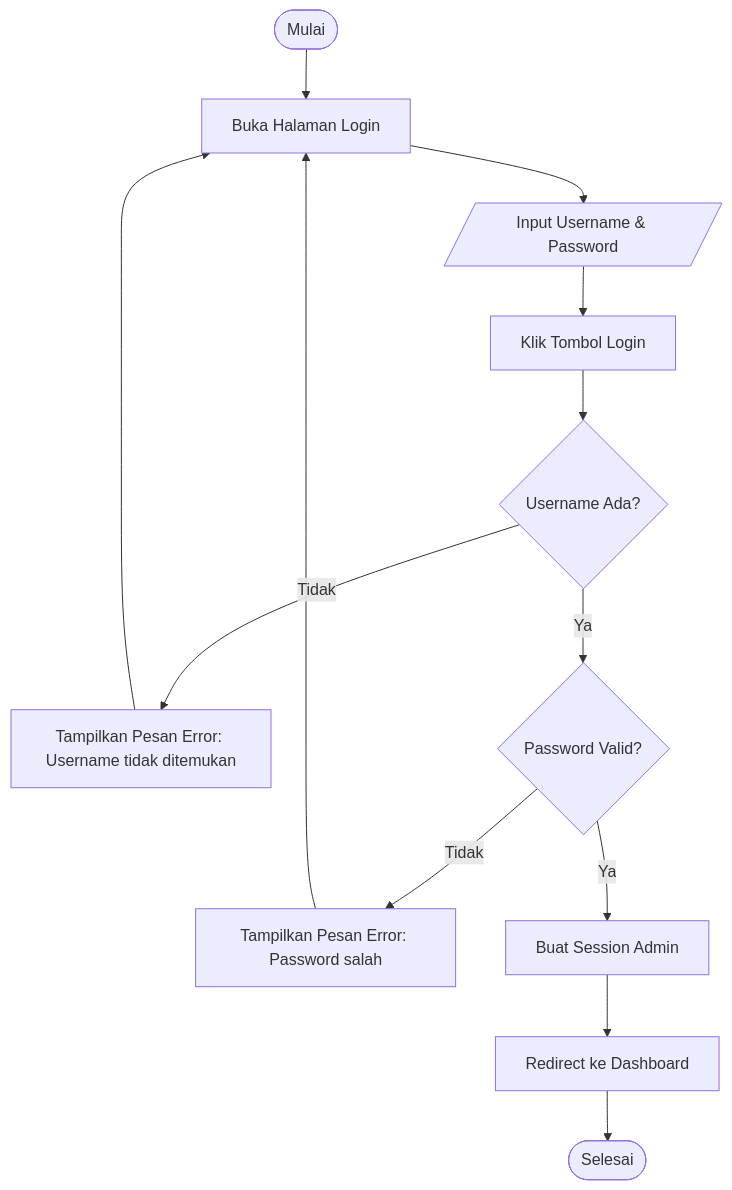
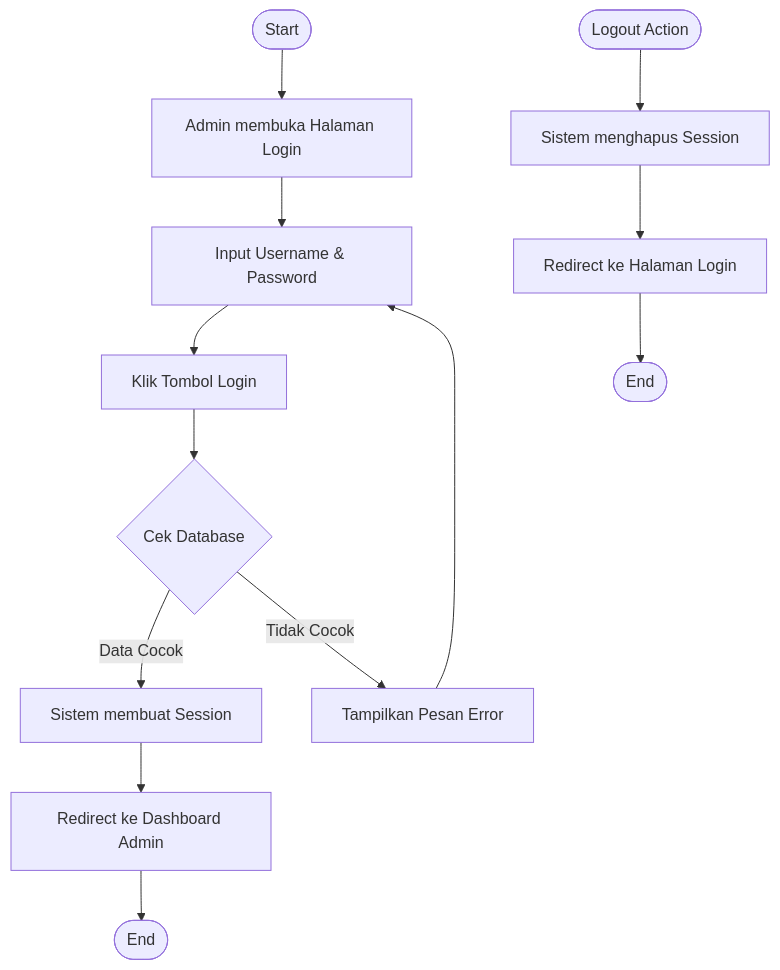
Before and after one commit to arbain-dev/Web_fikom: the first of 5 diagrams in docs/activity_diagram_admin.md, drawn with Mermaid. The commit also changed other lines of this file, not shown here.

Commit message:
docs: add admin activity diagrams

````diff
--- a/docs/activity_diagram_admin.md
+++ b/docs/activity_diagram_admin.md
@@ -13,15 +11,19 @@
 ```mermaid
 flowchart TD
-    Start(["Mulai"]) --> A["Buka Halaman Login"]
-    A --> B[/"Input Username & Password"/]
-    B --> C["Klik Tombol Login"]
-    C --> D{"Username Ada?"}
-    D -- Tidak --> E["Tampilkan Pesan Error: Username tidak ditemukan"]
-    E --> A
-    D -- Ya --> F{"Password Valid?"}
-    F -- Tidak --> G["Tampilkan Pesan Error: Password salah"]
-    G --> A
-    F -- Ya --> H["Buat Session Admin"]
-    H --> I["Redirect ke Dashboard"]
-    I --> End(["Selesai"])
+    Start([Start]) --> OpenLogin[Admin membuka Halaman Login]
+    OpenLogin --> InputCreds[Input Username & Password]
+    InputCreds --> ClickLogin[Klik Tombol Login]
+    
+    ClickLogin --> Verify{Cek Database}
+    
+    Verify -- "Data Cocok" --> CreateSession[Sistem membuat Session]
+    CreateSession --> RedirectDash[Redirect ke Dashboard Admin]
+    RedirectDash --> End([End])
+    
+    Verify -- "Tidak Cocok" --> ShowError[Tampilkan Pesan Error]
+    ShowError --> InputCreds
+    
+    Logout([Logout Action]) --> DestroySession[Sistem menghapus Session]
+    DestroySession --> RedirectLogin[Redirect ke Halaman Login]
+    RedirectLogin --> LogoutEnd([End])
 ```
````
